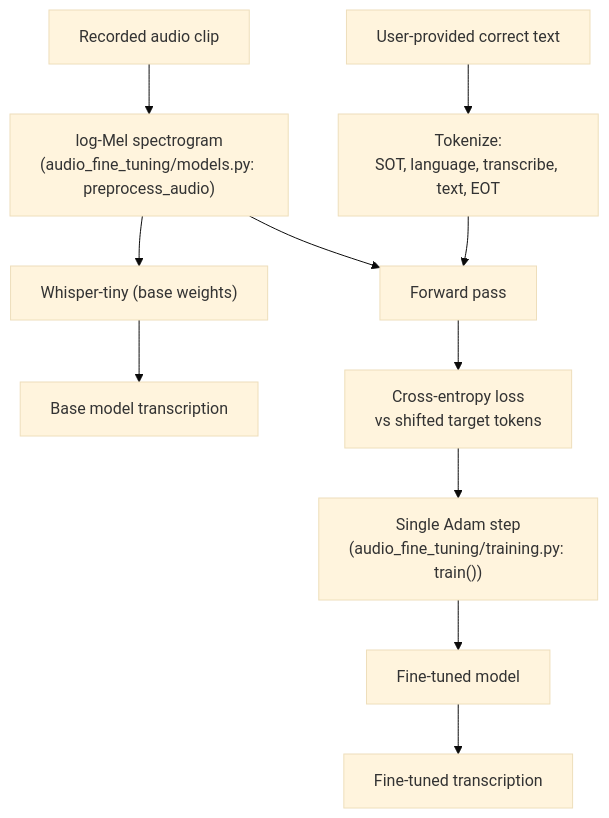
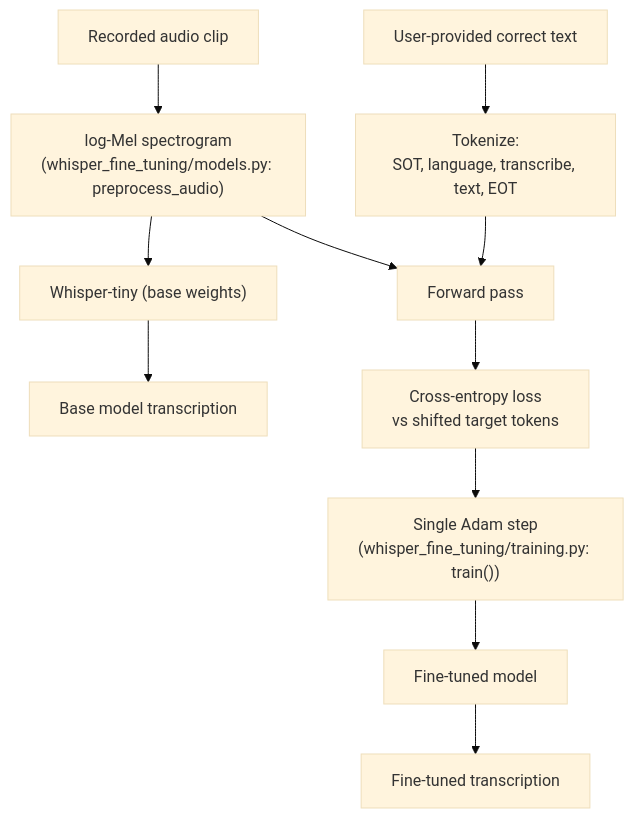
Before and after one commit to RoshBeed/ai-residency: the third of 4 diagrams in services/whisper-fine-tuning/README.md, drawn with Mermaid (base theme). The commit also changed other lines of this file and 42 other files, not shown here.

````diff
--- a/services/whisper-fine-tuning/README.md
+++ b/services/whisper-fine-tuning/README.md
@@ -166,13 +140,13 @@
 ```mermaid
 flowchart TD
-    audio["Recorded audio clip"] --> mel["log-Mel spectrogram<br/>(audio_fine_tuning/models.py: preprocess_audio)"]
+    audio["Recorded audio clip"] --> mel["log-Mel spectrogram<br/>(whisper_fine_tuning/models.py: preprocess_audio)"]
     mel --> base["Whisper-tiny (base weights)"] --> baseout["Base model transcription"]
 
     correction["User-provided correct text"] --> tokens["Tokenize:<br/>SOT, language, transcribe, text, EOT"]
     mel --> forward["Forward pass"]
     tokens --> forward
     forward --> loss["Cross-entropy loss<br/>vs shifted target tokens"]
-    loss --> step["Single Adam step<br/>(audio_fine_tuning/training.py: train())"]
+    loss --> step["Single Adam step<br/>(whisper_fine_tuning/training.py: train())"]
     step --> ft["Fine-tuned model"]
     ft --> ftout["Fine-tuned transcription"]
 ```
````
